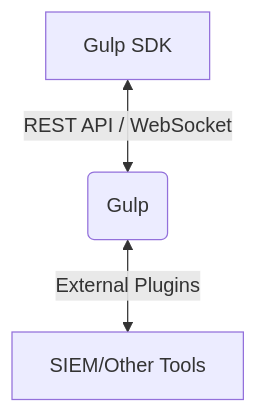
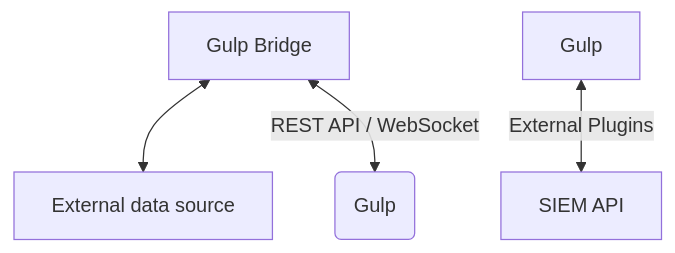
The second of 2 diagrams in DATASHEET.md (mentat-is/gulp), drawn with Mermaid before and after one commit. The commit also changed other lines of this file and 1 other file, not shown here.

````diff
--- a/DATASHEET.md
+++ b/DATASHEET.md
@@ -102,5 +103,7 @@
 ```mermaid
 graph TD
-    A[Gulp SDK] <-- REST API / WebSocket --> B(Gulp)
-    B -- External Plugins <--> C[SIEM/Other Tools]
+    A[Gulp Bridge] <--> D 
+    A <-- REST API / WebSocket --> B(Gulp)
+    Gulp -- External Plugins <--> C[SIEM API]
+    D[External data source]
 ```
````
